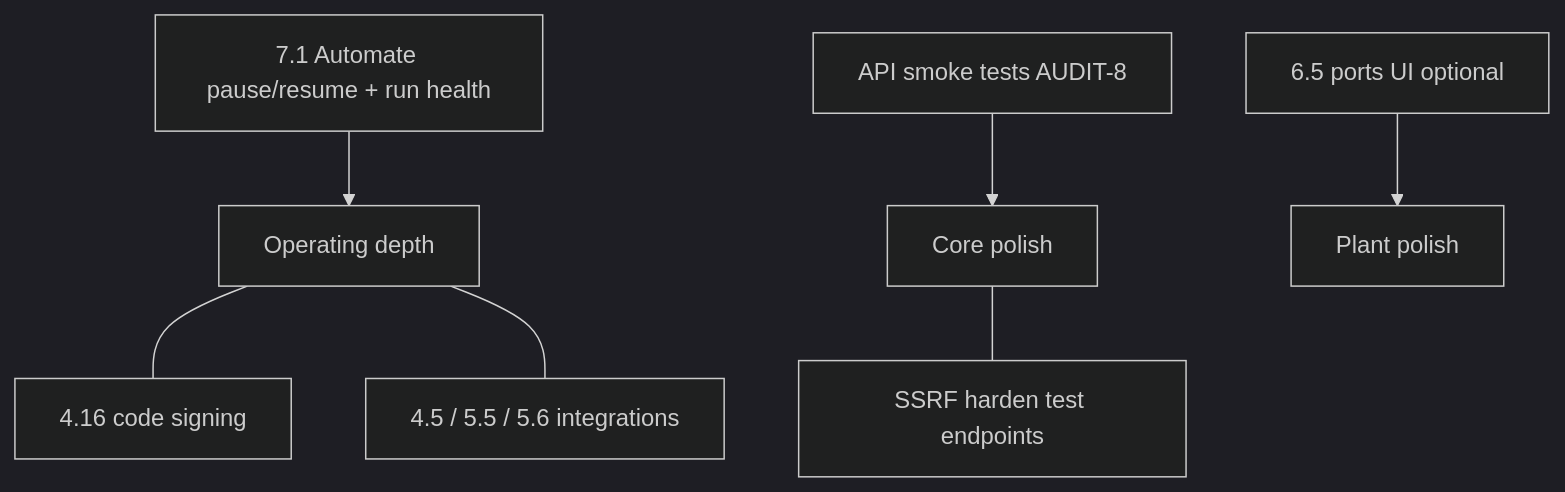
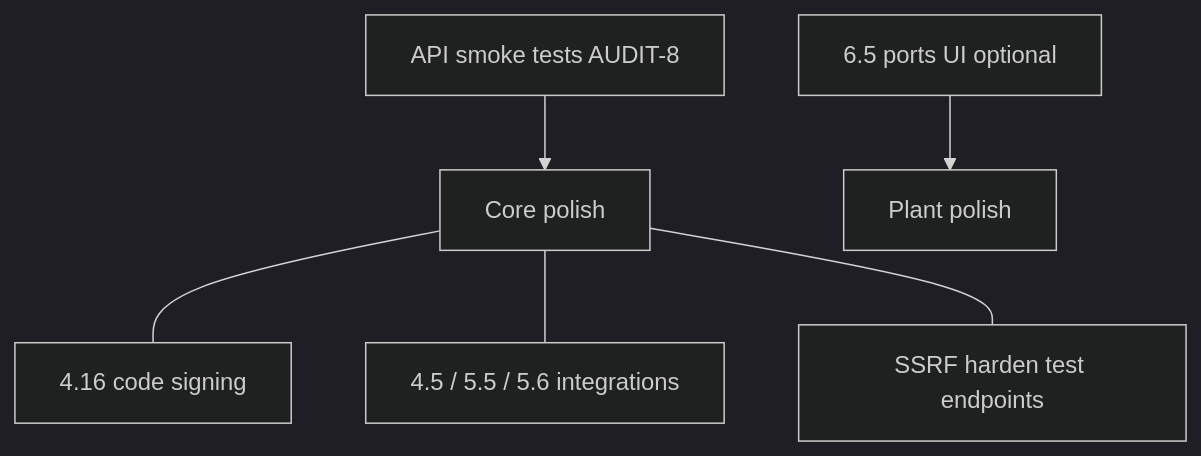
One commit to karmsheel/hermes-forge changed the second of 2 diagrams in docs/references/audit.md. Above: the diagram before and after it, drawn with Mermaid (dark theme). The commit also changed other lines of this file and 16 other files, not shown here.

First line of the commit message:
feat: Automate pause/resume and owner run health (7.1)

````diff
--- a/docs/references/audit.md
+++ b/docs/references/audit.md
@@ -200,9 +200,8 @@
 ```mermaid
 flowchart TD
-  P71["7.1 Automate pause/resume + run health"] --> Ops["Operating depth"]
   P8["API smoke tests AUDIT-8"] --> Core["Core polish"]
   P65["6.5 ports UI optional"] --> Polish["Plant polish"]
-  Ops --- C1["4.16 code signing"]
-  Ops --- C2["4.5 / 5.5 / 5.6 integrations"]
+  Core --- C1["4.16 code signing"]
+  Core --- C2["4.5 / 5.5 / 5.6 integrations"]
   Core --- SSRF["SSRF harden test endpoints"]
 ```
````
